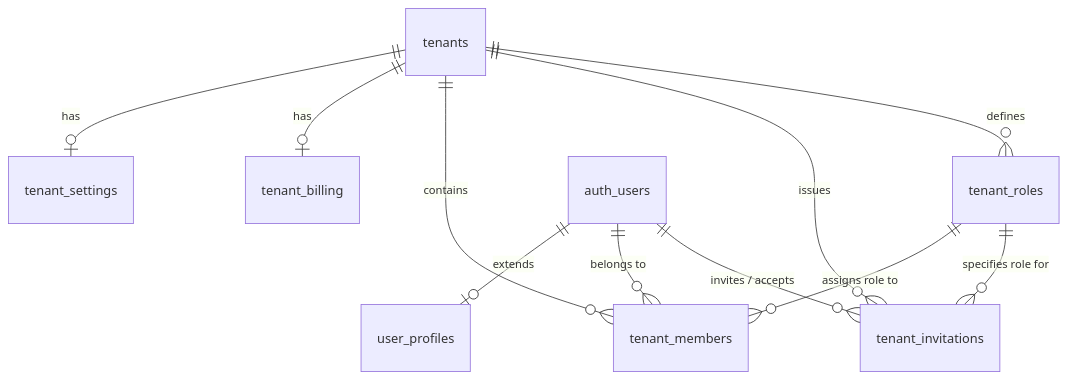
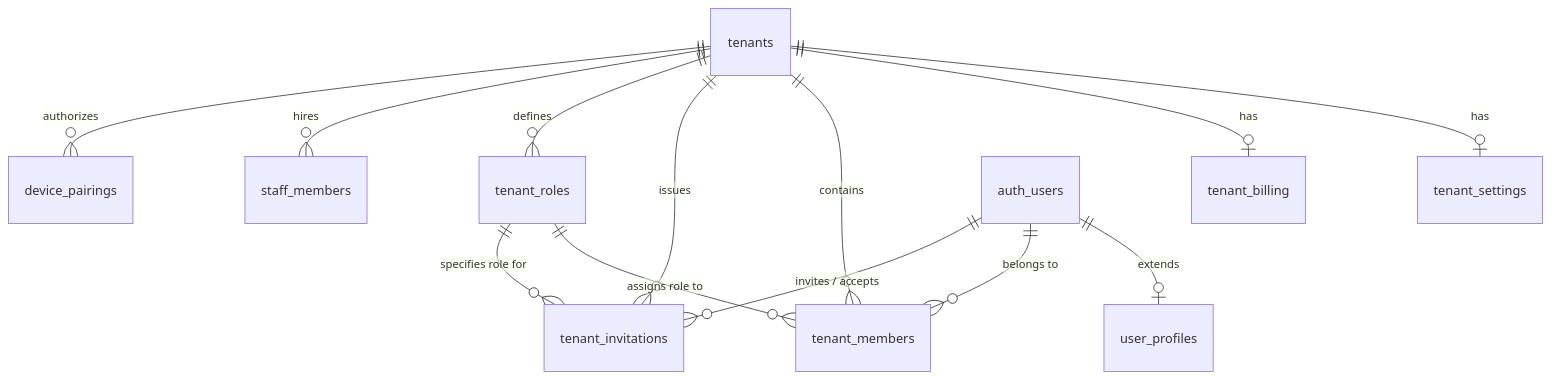
The diagram in docs/multi_tenant_architecture.md (marceldavidbaroi/Smart-Hisab), drawn with Mermaid before and after one commit. The commit also changed other lines of this file and 19 other files, not shown here.

````diff
--- a/docs/multi_tenant_architecture.md
+++ b/docs/multi_tenant_architecture.md
@@ -52,15 +59,17 @@
 ```mermaid
 erDiagram
     tenants ||--o| tenant_settings : "has"
     tenants ||--o| tenant_billing : "has"
     tenants ||--o{ tenant_members : "contains"
     tenants ||--o{ tenant_invitations : "issues"
     tenants ||--o{ tenant_roles : "defines"
+    tenants ||--o{ staff_members : "hires"
+    tenants ||--o{ device_pairings : "authorizes"
     
     auth_users ||--o| user_profiles : "extends"
     auth_users ||--o{ tenant_members : "belongs to"
     auth_users ||--o{ tenant_invitations : "invites / accepts"
 
     tenant_roles ||--o{ tenant_members : "assigns role to"
     tenant_roles ||--o{ tenant_invitations : "specifies role for"
 ```
````
